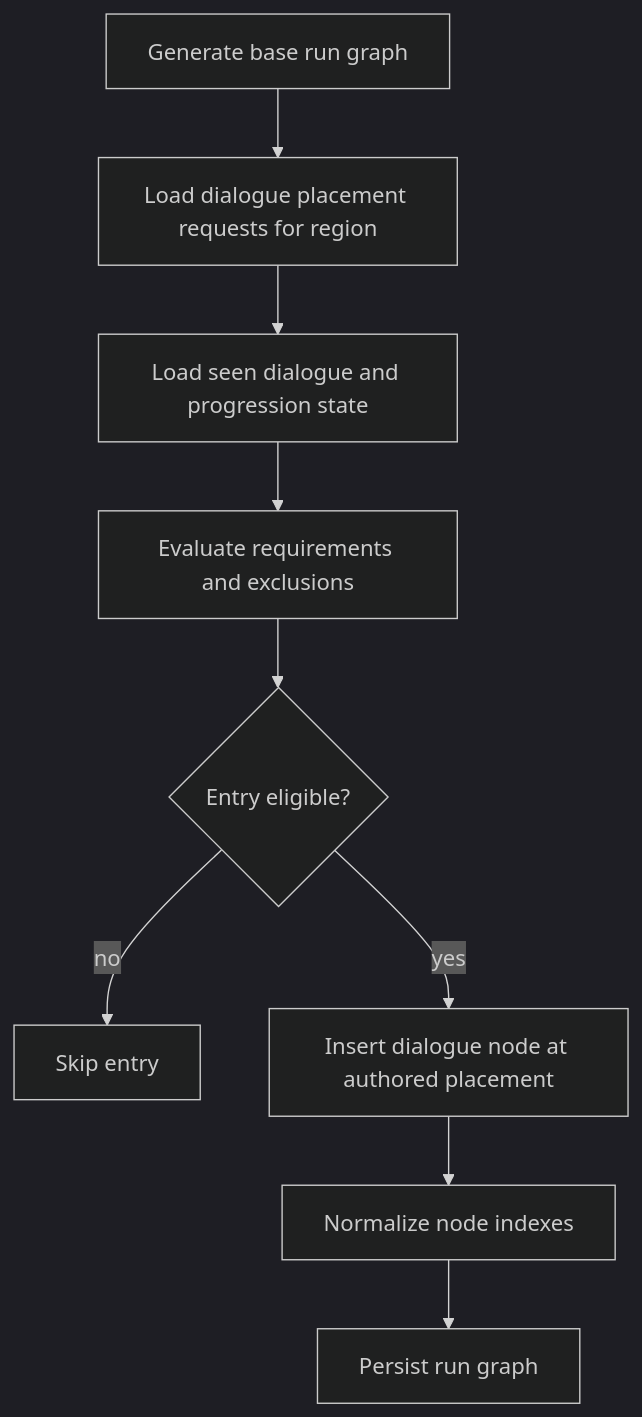
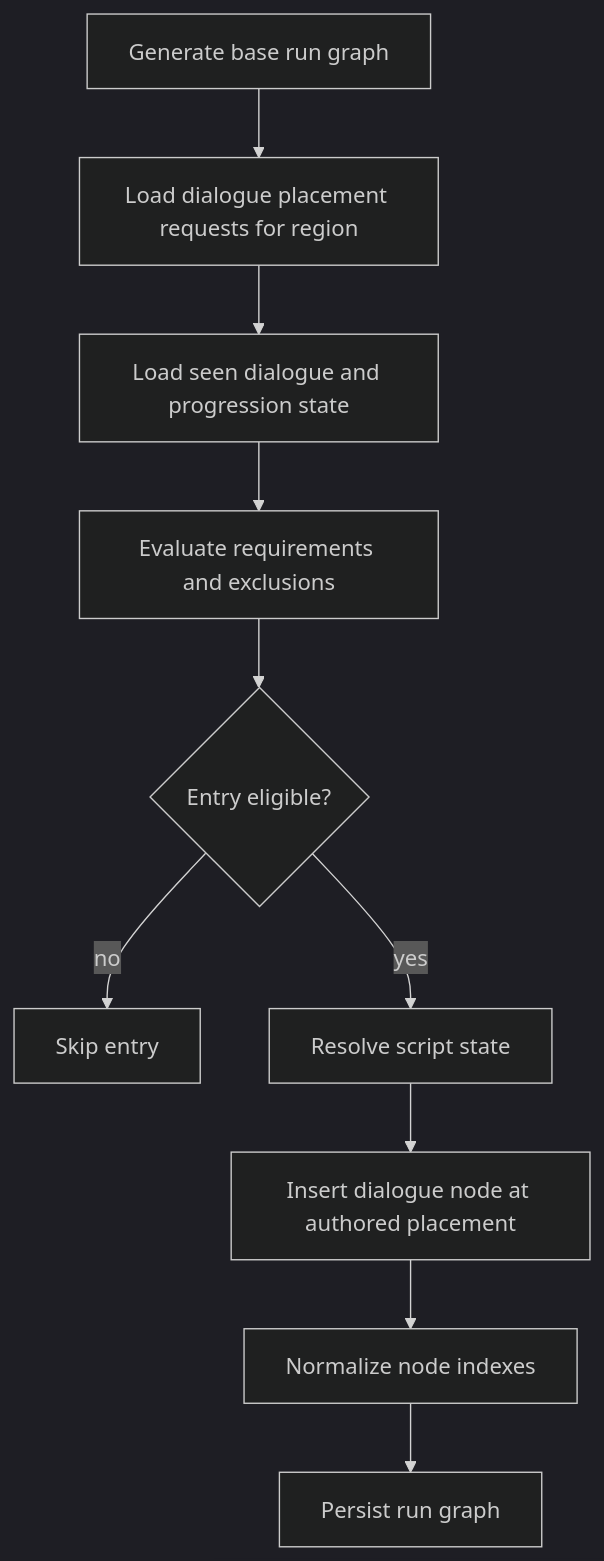
Before and after one commit to NickGrant/DiceGoblin: the first of 5 diagrams in documentation/02-systems/04-dialogue-flow-determination.md, drawn with Mermaid (dark theme). The commit also changed other lines of this file, not shown here.

Commit message:
docs: define dialogue variants and milestone completion flow

````diff
--- a/documentation/02-systems/04-dialogue-flow-determination.md
+++ b/documentation/02-systems/04-dialogue-flow-determination.md
@@ -28,11 +28,12 @@
 ```mermaid
 flowchart TD
   A[Generate base run graph] --> B[Load dialogue placement requests for region]
   B --> C[Load seen dialogue and progression state]
   C --> D[Evaluate requirements and exclusions]
   D --> E{Entry eligible?}
   E -- no --> F[Skip entry]
-  E -- yes --> G[Insert dialogue node at authored placement]
-  G --> H[Normalize node indexes]
-  H --> I[Persist run graph]
+  E -- yes --> G[Resolve script state]
+  G --> H[Insert dialogue node at authored placement]
+  H --> I[Normalize node indexes]
+  I --> J[Persist run graph]
 ```
````
